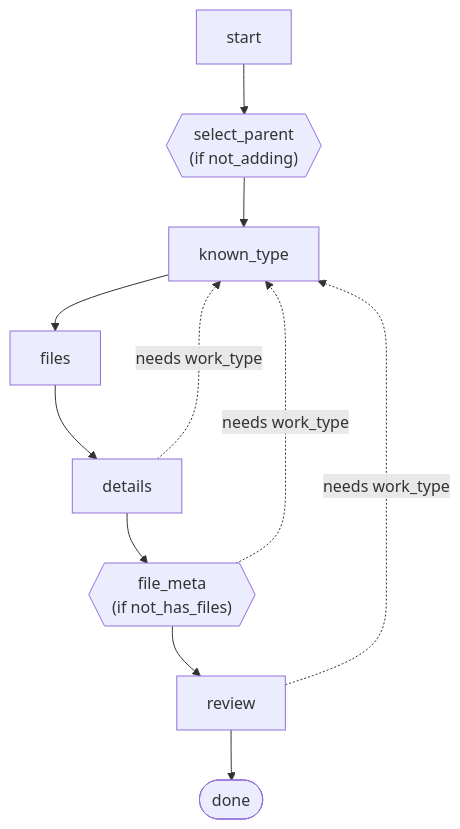
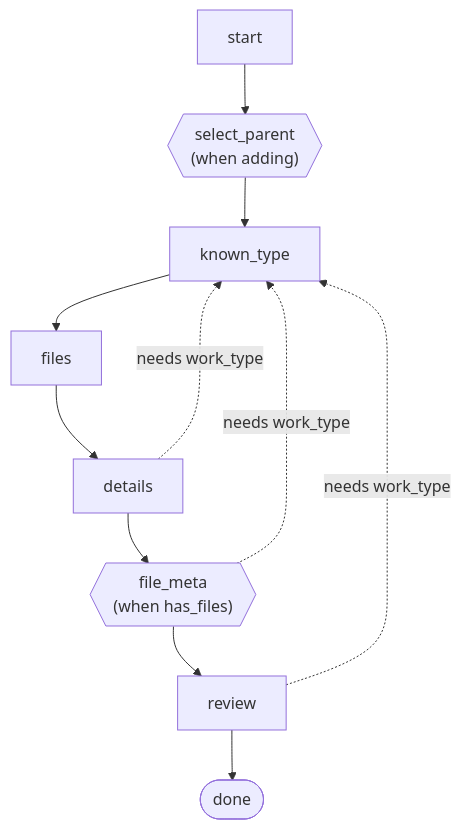
One commit to laritakr/flow_wizard changed the first of 3 diagrams in README.md. Above: the diagram before and after it, drawn with Mermaid. The commit also changed other lines of this file and 6 other files, not shown here.

First line of the commit message:
Show flows as real paths in the diagram

````diff
--- a/README.md
+++ b/README.md
@@ -82,21 +96,21 @@
 ```mermaid
 flowchart TD
   start["start"]
-  select_parent{{"select_parent<br/>(if not_adding)"}}
+  select_parent{{"select_parent<br/>(when adding)"}}
   known_type["known_type"]
   files["files"]
   details["details"]
-  file_meta{{"file_meta<br/>(if not_has_files)"}}
+  file_meta{{"file_meta<br/>(when has_files)"}}
   review["review"]
   done(["done"])
   start --> select_parent
   select_parent --> known_type
   known_type --> files
   files --> details
   details --> file_meta
   file_meta --> review
   review --> done
   details -. needs work_type .-> known_type
   file_meta -. needs work_type .-> known_type
   review -. needs work_type .-> known_type
 ```
````
